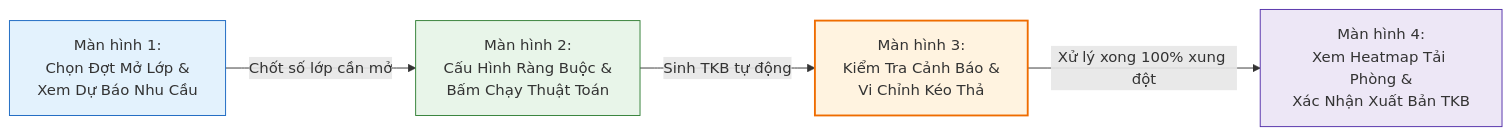
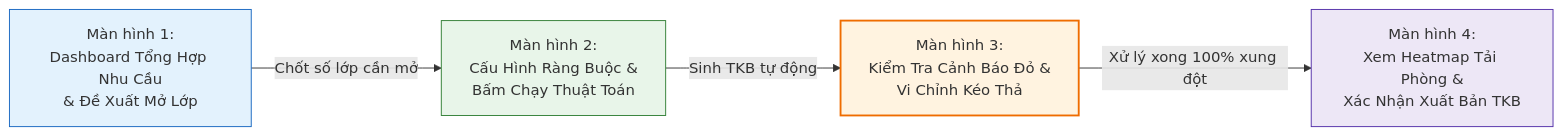
Before and after one commit to cacancap/IT3120_QuanLyDaoTao: the second of 2 diagrams in bai-tap-1/BAO-CAO-TONG-HOP-NHOM.md, drawn with Mermaid. The commit also changed other lines of this file, not shown here.

````diff
--- a/bai-tap-1/BAO-CAO-TONG-HOP-NHOM.md
+++ b/bai-tap-1/BAO-CAO-TONG-HOP-NHOM.md
@@ -213,11 +221,11 @@
 ```mermaid
 flowchart LR
-    S1["Màn hình 1:<br/>Chọn Đợt Mở Lớp &<br/>Xem Dự Báo Nhu Cầu"] -->|"Chốt số lớp cần mở"| S2["Màn hình 2:<br/>Cấu Hình Ràng Buộc &<br/>Bấm Chạy Thuật Toán"]
-    S2 -->|"Sinh TKB tự động"| S3["Màn hình 3:<br/>Kiểm Tra Cảnh Báo &<br/>Vi Chỉnh Kéo Thả"]
+    S1["Màn hình 1:<br/>Dashboard Tổng Hợp Nhu Cầu<br/>& Đề Xuất Mở Lớp"] -->|"Chốt số lớp cần mở"| S2["Màn hình 2:<br/>Cấu Hình Ràng Buộc &<br/>Bấm Chạy Thuật Toán"]
+    S2 -->|"Sinh TKB tự động"| S3["Màn hình 3:<br/>Kiểm Tra Cảnh Báo Đỏ &<br/>Vi Chỉnh Kéo Thả"]
     S3 -->|"Xử lý xong 100% xung đột"| S4["Màn hình 4:<br/>Xem Heatmap Tải Phòng &<br/>Xác Nhận Xuất Bản TKB"]
 
     style S1 fill:#e3f2fd,stroke:#1565c0,stroke-width:1px
     style S2 fill:#e8f5e9,stroke:#2e7d32,stroke-width:1px
     style S3 fill:#fff3e0,stroke:#ef6c00,stroke-width:2px
     style S4 fill:#ede7f6,stroke:#512da8,stroke-width:1px
 ```
````
